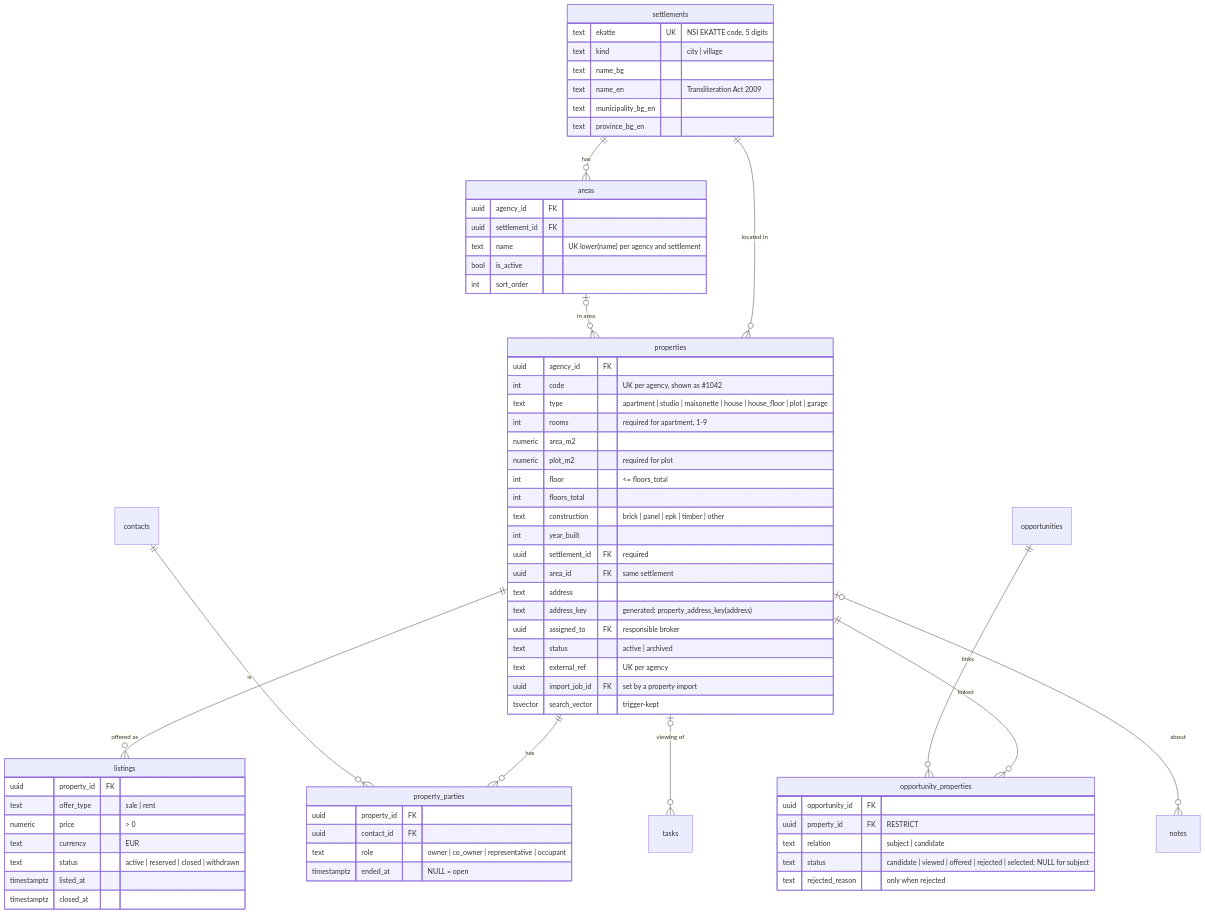
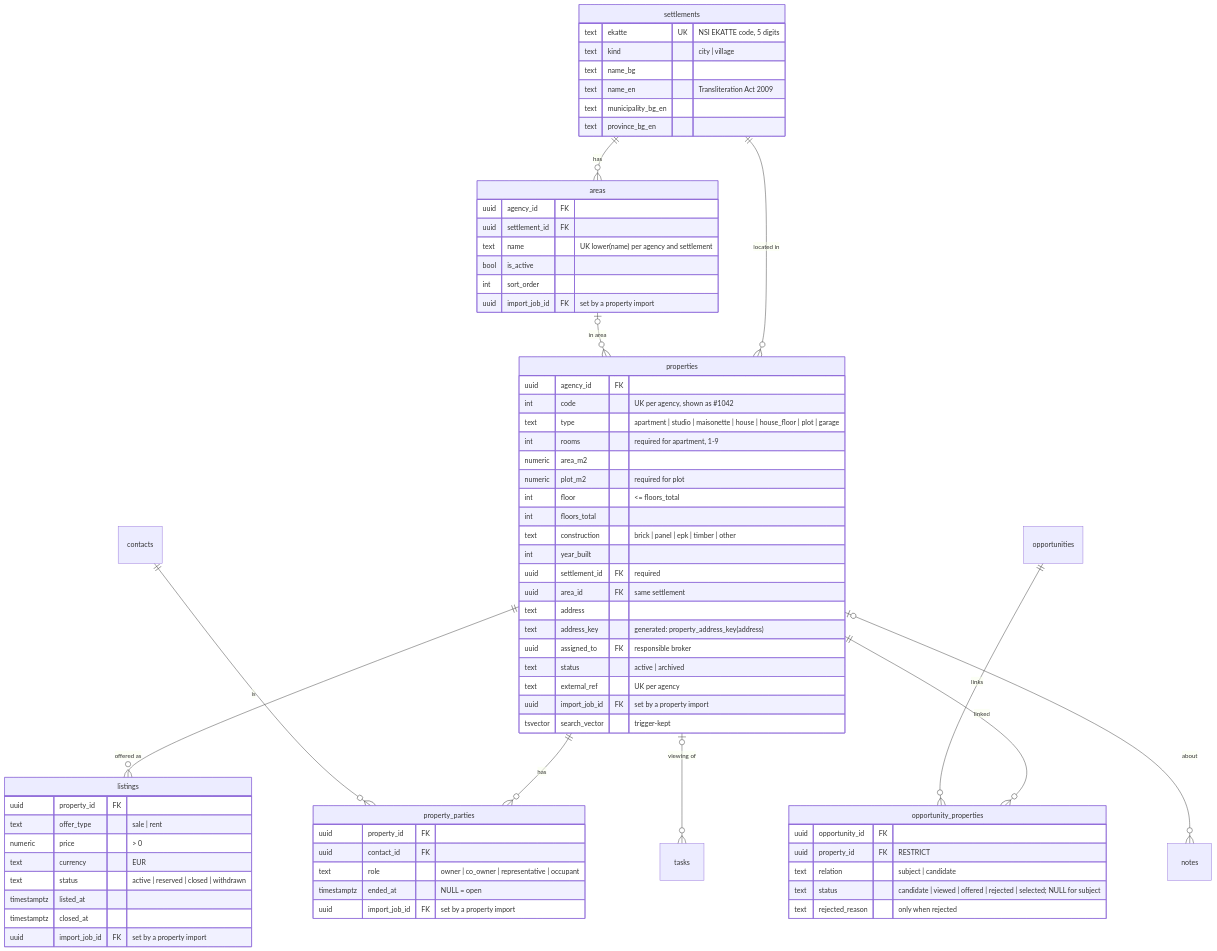
The eighth of 16 diagrams in docs/domain-model.md (dreaminglory/retail_broker_CRM), drawn with Mermaid before and after one commit. The commit also changed other lines of this file and 5 other files, not shown here.

First line of the commit message:
docs(property-import): docs complete (Task 13)

````diff
--- a/docs/domain-model.md
+++ b/docs/domain-model.md
@@ -379,72 +379,75 @@
 ```mermaid
 erDiagram
   settlements ||--o{ areas : "has"
   settlements ||--o{ properties : "located in"
   areas |o--o{ properties : "in area"
   properties ||--o{ listings : "offered as"
   properties ||--o{ property_parties : "has"
   contacts ||--o{ property_parties : "is"
   properties ||--o{ opportunity_properties : "linked"
   opportunities ||--o{ opportunity_properties : "links"
   properties |o--o{ tasks : "viewing of"
   properties |o--o{ notes : "about"
 
   settlements {
     text ekatte UK "NSI EKATTE code, 5 digits"
     text kind "city | village"
     text name_bg
     text name_en "Transliteration Act 2009"
     text municipality_bg_en
     text province_bg_en
   }
   areas {
     uuid agency_id FK
     uuid settlement_id FK
     text name "UK lower(name) per agency and settlement"
     bool is_active
     int sort_order
+    uuid import_job_id FK "set by a property import"
   }
   properties {
     uuid agency_id FK
     int code "UK per agency, shown as #1042"
     text type "apartment | studio | maisonette | house | house_floor | plot | garage"
     int rooms "required for apartment, 1-9"
     numeric area_m2
     numeric plot_m2 "required for plot"
     int floor "<= floors_total"
     int floors_total
     text construction "brick | panel | epk | timber | other"
     int year_built
     uuid settlement_id FK "required"
     uuid area_id FK "same settlement"
     text address
     text address_key "generated: property_address_key(address)"
     uuid assigned_to FK "responsible broker"
     text status "active | archived"
     text external_ref "UK per agency"
     uuid import_job_id FK "set by a property import"
     tsvector search_vector "trigger-kept"
   }
   listings {
     uuid property_id FK
     text offer_type "sale | rent"
     numeric price "> 0"
     text currency "EUR"
     text status "active | reserved | closed | withdrawn"
     timestamptz listed_at
     timestamptz closed_at
+    uuid import_job_id FK "set by a property import"
   }
   property_parties {
     uuid property_id FK
     uuid contact_id FK
     text role "owner | co_owner | representative | occupant"
     timestamptz ended_at "NULL = open"
+    uuid import_job_id FK "set by a property import"
   }
   opportunity_properties {
     uuid opportunity_id FK
     uuid property_id FK "RESTRICT"
     text relation "subject | candidate"
     text status "candidate | viewed | offered | rejected | selected; NULL for subject"
     text rejected_reason "only when rejected"
   }
 ```
````
